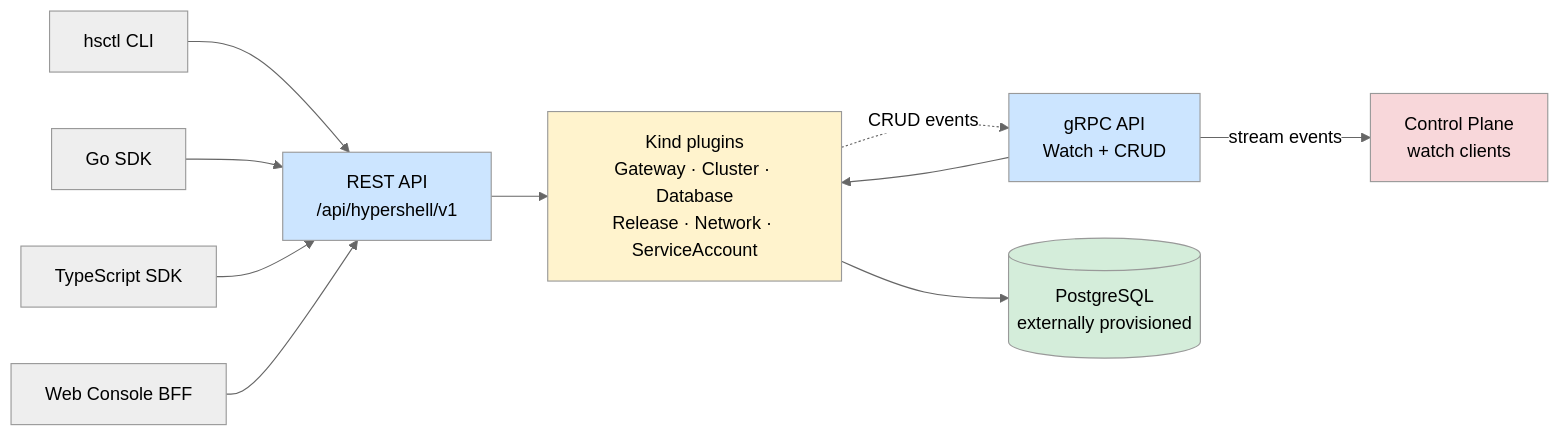
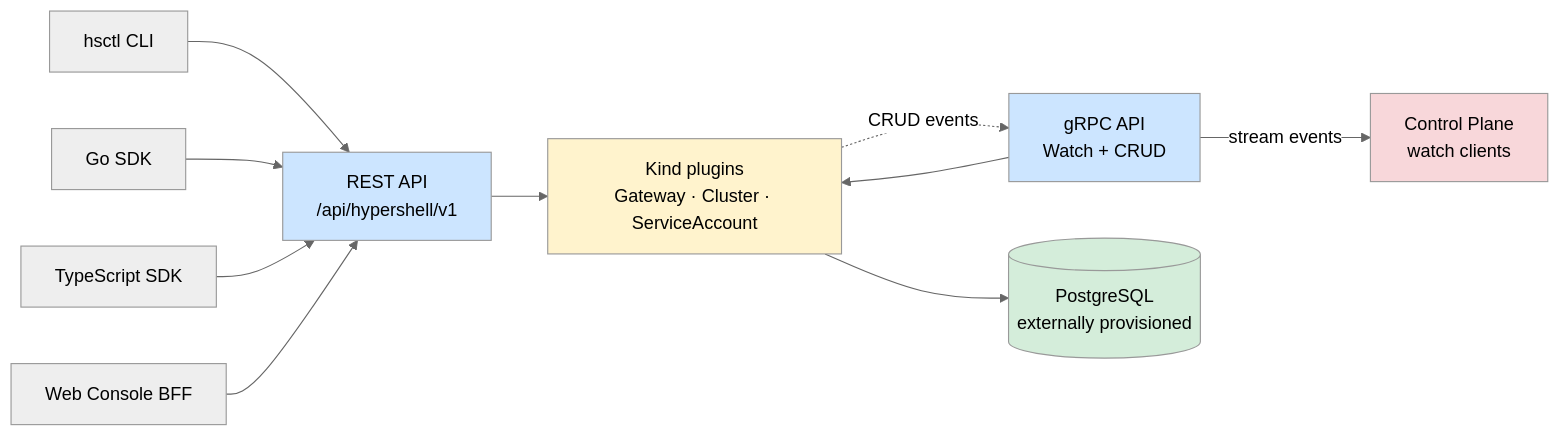
Before and after one commit to openshift-online/hypershell: the diagram in docs/architecture/source/api-server.md, drawn with Mermaid (neutral theme). The commit also changed 35 other files, not shown here.

````diff
--- a/docs/architecture/source/api-server.md
+++ b/docs/architecture/source/api-server.md
@@ -9,26 +9,26 @@
 ```mermaid
 graph LR
   CLI[hsctl CLI]
   GO[Go SDK]
   TS[TypeScript SDK]
   BFF[Web Console BFF]
   HTTP[REST API<br/>/api/hypershell/v1]
   RPC[gRPC API<br/>Watch + CRUD]
-  PLUGINS[Kind plugins<br/>Gateway · Cluster · Database<br/>Release · Network · ServiceAccount]
+  PLUGINS[Kind plugins<br/>Gateway · Cluster · ServiceAccount]
   DB[(PostgreSQL<br/>externally provisioned)]
   CP[Control Plane<br/>watch clients]
   CLI --> HTTP
   GO --> HTTP
   TS --> HTTP
   BFF --> HTTP
   HTTP --> PLUGINS
   RPC --> PLUGINS
   PLUGINS --> DB
   RPC -->|stream events| CP
   PLUGINS -.->|CRUD events| RPC
   style HTTP fill:#cce5ff
   style RPC fill:#cce5ff
   style PLUGINS fill:#fff3cd
   style DB fill:#d4edda
   style CP fill:#f8d7da
 ```
````
